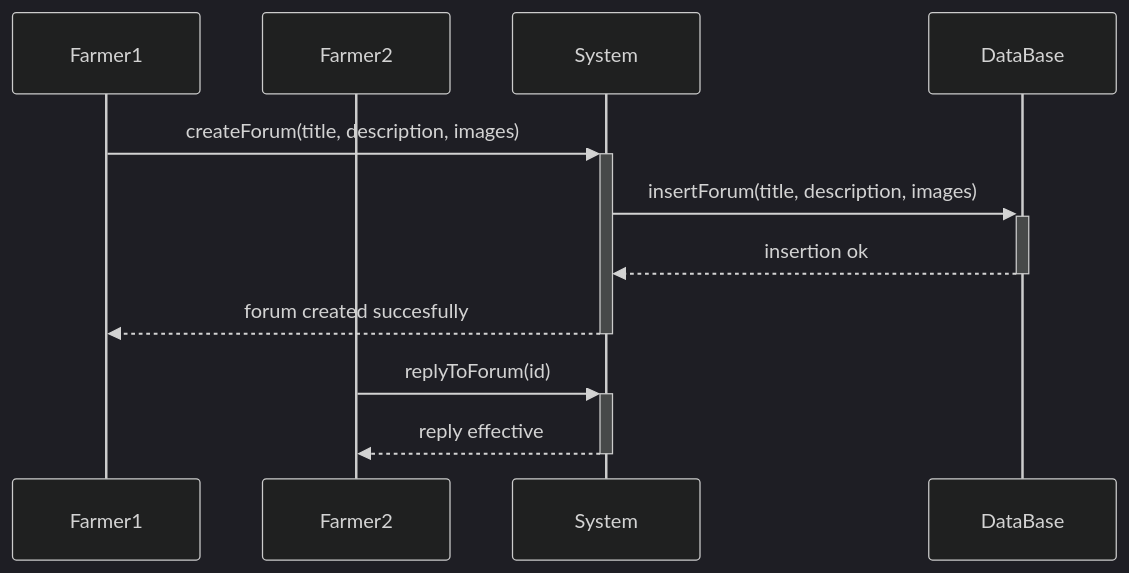
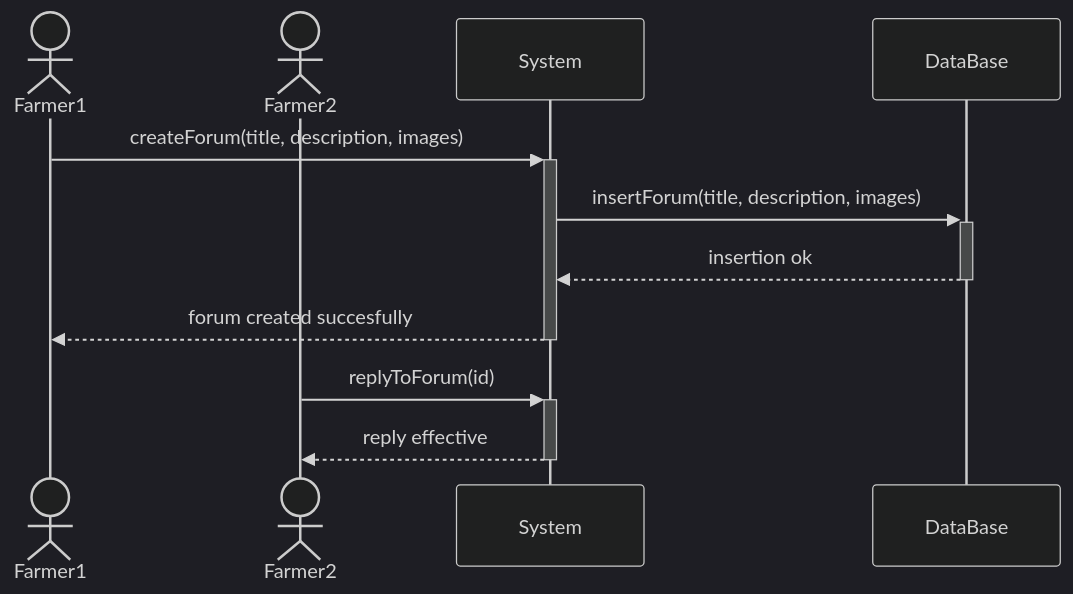
The third of 6 diagrams in DeliveryFolder/UML.md (thekalipo/DeParcevauxPouliquen), drawn with Mermaid (dark theme) before and after one commit. The commit also changed other lines of this file and 2 other files, not shown here.

Commit message:
use cases mermaid

````diff
--- a/DeliveryFolder/UML.md
+++ b/DeliveryFolder/UML.md
@@ -3,14 +53,14 @@
 ```mermaid
 sequenceDiagram
-    participant Farmer1
-    participant Farmer2
+    actor Farmer1
+    actor Farmer2
     participant System
     participant DataBase
     Farmer1->>+System: createForum(title, description, images)
     System->>+DataBase: insertForum(title, description, images)
     DataBase-->>-System: insertion ok
     System-->>-Farmer1: forum created succesfully
 
     Farmer2->>+System: replyToForum(id)
     System-->>-Farmer2: reply effective
 ```
````
